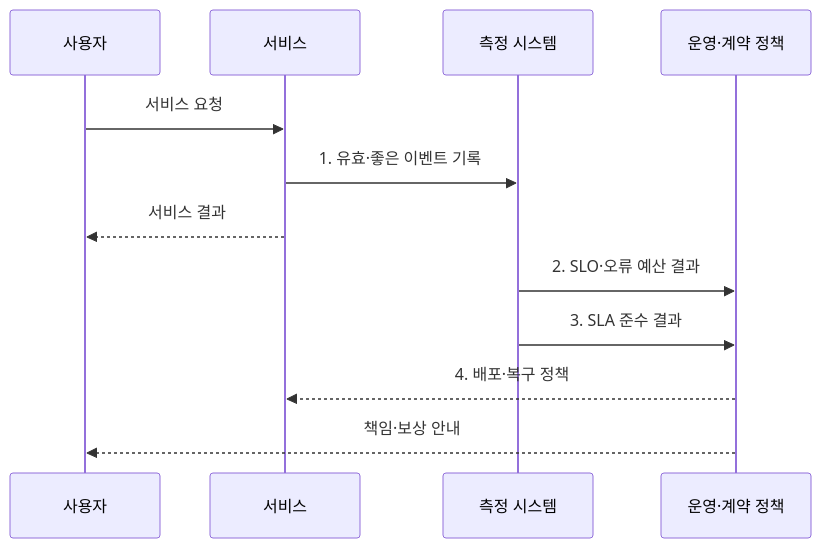
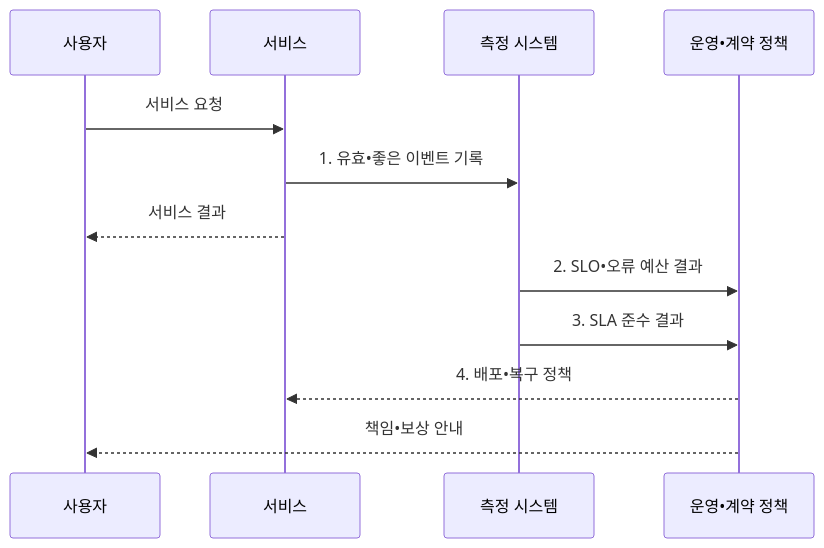
One commit to agnusdei1207/knowledge-base changed the second of 2 diagrams in src/content/docs/notes/03-software/165_slo_sla_sli.md. Above: the diagram before and after it, drawn with Mermaid. The commit also changed other lines of this file and 953 other files, not shown here.

````diff
--- a/src/content/docs/notes/03-software/165_slo_sla_sli.md
+++ b/src/content/docs/notes/03-software/165_slo_sla_sli.md
@@ -109,14 +109,14 @@
 ```mermaid
 sequenceDiagram
     participant U as 사용자
     participant S as 서비스
     participant M as 측정 시스템
-    participant O as 운영·계약 정책
+    participant O as 운영•계약 정책
     U->>S: 서비스 요청
-    S->>M: 1. 유효·좋은 이벤트 기록
+    S->>M: 1. 유효•좋은 이벤트 기록
     S-->>U: 서비스 결과
-    M->>O: 2. SLO·오류 예산 결과
+    M->>O: 2. SLO•오류 예산 결과
     M->>O: 3. SLA 준수 결과
-    O-->>S: 4. 배포·복구 정책
-    O-->>U: 책임·보상 안내
+    O-->>S: 4. 배포•복구 정책
+    O-->>U: 책임•보상 안내
 ```
````
